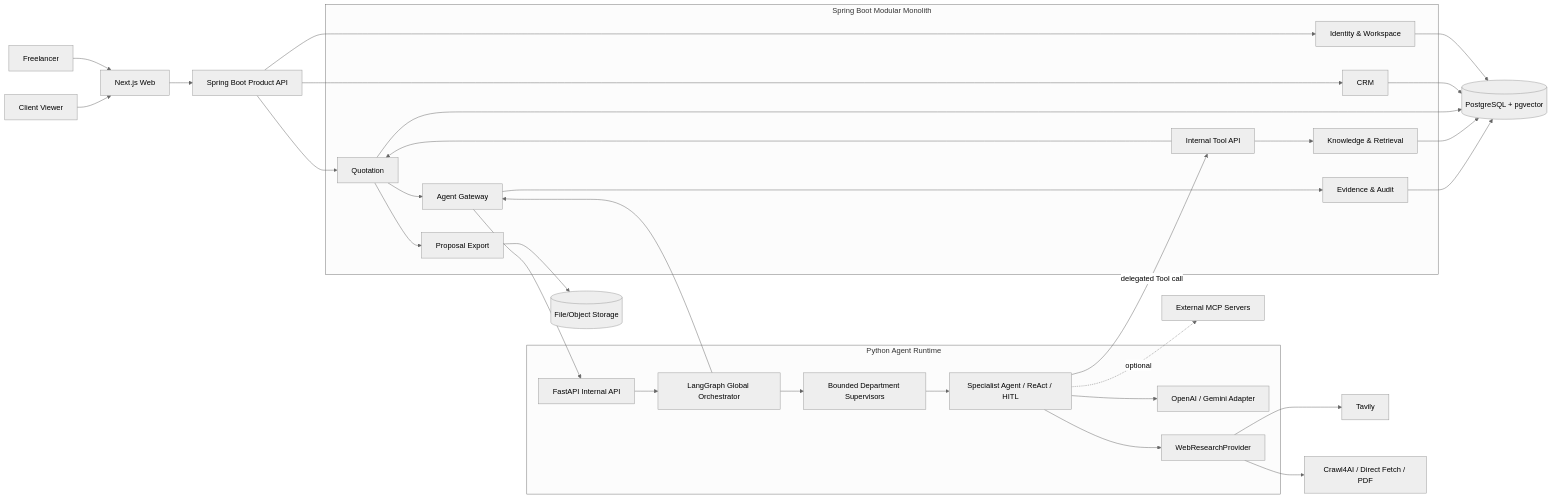
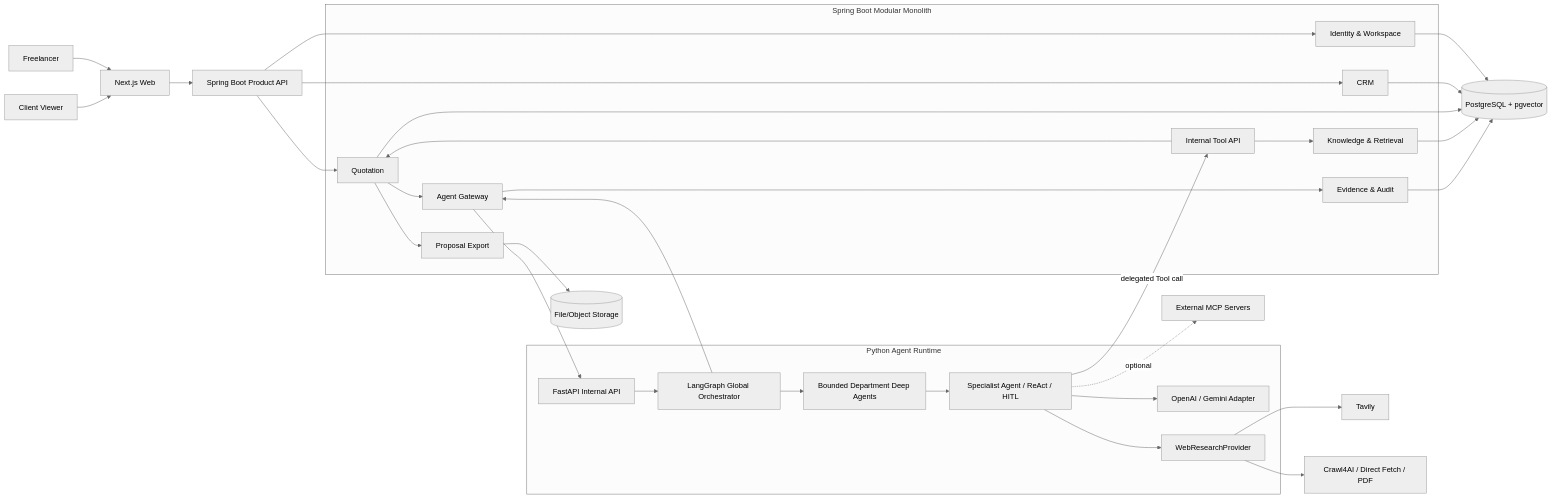
The first of 4 diagrams in docs/V2_SPECIFICATION.md (jomkeu3369/Freelance-Ops-Agent), drawn with Mermaid (neutral theme) before and after one commit. The commit also changed other lines of this file and 125 other files, not shown here.

````diff
--- a/docs/V2_SPECIFICATION.md
+++ b/docs/V2_SPECIFICATION.md
@@ -266,53 +266,53 @@
 ```mermaid
 flowchart LR
     U["Freelancer"] --> FE["Next.js Web"]
     C["Client Viewer"] --> FE
     FE --> API["Spring Boot Product API"]
 
     subgraph APP["Spring Boot Modular Monolith"]
         ID["Identity & Workspace"]
         CRM["CRM"]
         QUOTE["Quotation"]
         GATE["Agent Gateway"]
         TOOLS["Internal Tool API"]
         KNOW["Knowledge & Retrieval"]
         EVID["Evidence & Audit"]
         EXPORT["Proposal Export"]
     end
 
     subgraph AIR["Python Agent Runtime"]
         FAST["FastAPI Internal API"]
         GRAPH["LangGraph Global Orchestrator"]
-        DEPT["Bounded Department Supervisors"]
+        DEPT["Bounded Department Deep Agents"]
         SPEC["Specialist Agent / ReAct / HITL"]
         MODEL["OpenAI / Gemini Adapter"]
         WEB["WebResearchProvider"]
     end
 
     API --> ID
     API --> CRM
     API --> QUOTE
     QUOTE --> GATE
     GATE --> FAST
     FAST --> GRAPH
     GRAPH --> DEPT
     DEPT --> SPEC
     SPEC --> MODEL
     SPEC --> WEB
     SPEC -->|"delegated Tool call"| TOOLS
     TOOLS --> KNOW
     TOOLS --> QUOTE
     GRAPH --> GATE
     GATE --> EVID
     QUOTE --> EXPORT
 
     ID --> PG[("PostgreSQL + pgvector")]
     CRM --> PG
     QUOTE --> PG
     KNOW --> PG
     EVID --> PG
     EXPORT --> FS[("File/Object Storage")]
     WEB --> TAVILY["Tavily"]
     WEB --> CRAWL["Crawl4AI / Direct Fetch / PDF"]
     SPEC -. optional .-> MCP["External MCP Servers"]
 ```
````
